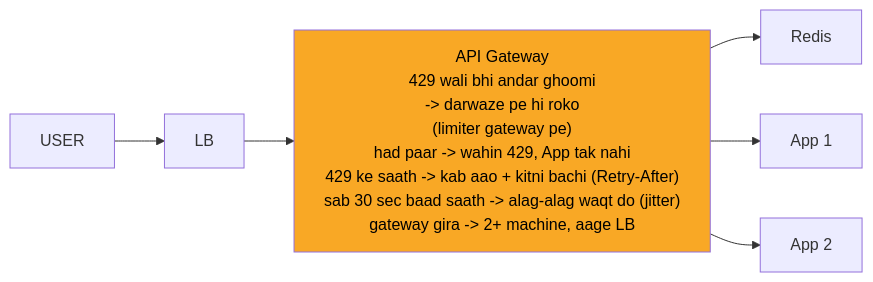
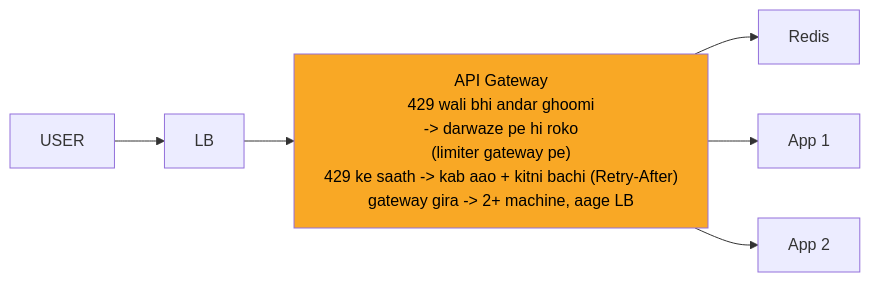
One commit to ArpanMaheshwari144/Prep changed the fourth of 11 diagrams in 04_HLD/SYSTEM_DESIGNS/02_rate_limiter/02_rate_limiter.md. Above: the diagram before and after it, drawn with Mermaid. The commit also changed other lines of this file and 13 other files, not shown here.

````diff
--- a/04_HLD/SYSTEM_DESIGNS/02_rate_limiter/02_rate_limiter.md
+++ b/04_HLD/SYSTEM_DESIGNS/02_rate_limiter/02_rate_limiter.md
@@ -189,16 +189,16 @@
 ```mermaid
 %%{init: {"flowchart": {"wrappingWidth": 450}}}%%
 flowchart LR
     n_USER["USER"]
     n_LB["LB"]
-    n_API_Gateway["API Gateway<br/>429 wali bhi andar ghoomi<br/>-> darwaze pe hi roko<br/>(limiter gateway pe)<br/>had paar -> wahin 429, App tak nahi<br/>429 ke saath -> kab aao + kitni bachi (Retry-After)<br/>sab 30 sec baad saath -> alag-alag waqt do (jitter)<br/>gateway gira -> 2+ machine, aage LB"]
+    n_API_Gateway["API Gateway<br/>429 wali bhi andar ghoomi<br/>-> darwaze pe hi roko<br/>(limiter gateway pe)<br/>429 ke saath -> kab aao + kitni bachi (Retry-After)<br/>gateway gira -> 2+ machine, aage LB"]
     n_Redis["Redis"]
     n_App_x_N_1["App 1"]
     n_App_x_N_2["App 2"]
     n_USER --> n_LB
     n_LB --> n_API_Gateway
     n_API_Gateway --> n_Redis
     n_API_Gateway --> n_App_x_N_1
     n_API_Gateway --> n_App_x_N_2
     style n_API_Gateway fill:#f9a825,color:#000
 ```
````
